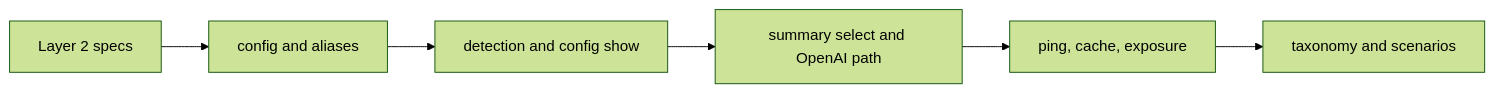
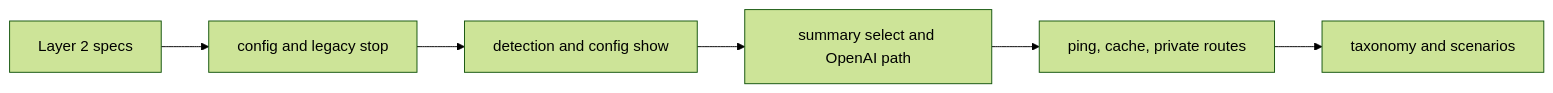
One commit to desek/agentloupe changed the fourth of 4 diagrams in docs/cr/CR-0015-provider-credentials-and-health.md. Above: the diagram before and after it, drawn with Mermaid (forest theme). The commit also changed other lines of this file, not shown here.

Commit message:
docs(cr): record the human decisions and the private config endpoint in CR-0015

````diff
--- a/docs/cr/CR-0015-provider-credentials-and-health.md
+++ b/docs/cr/CR-0015-provider-credentials-and-health.md
@@ -230,8 +240,8 @@
 ```mermaid
 flowchart LR
-  A["Layer 2 specs"] --> B["config and aliases"]
+  A["Layer 2 specs"] --> B["config and legacy stop"]
   B --> C["detection and config show"]
   C --> D["summary select and OpenAI path"]
-  D --> E["ping, cache, exposure"]
+  D --> E["ping, cache, private routes"]
   E --> F["taxonomy and scenarios"]
 ```
````
